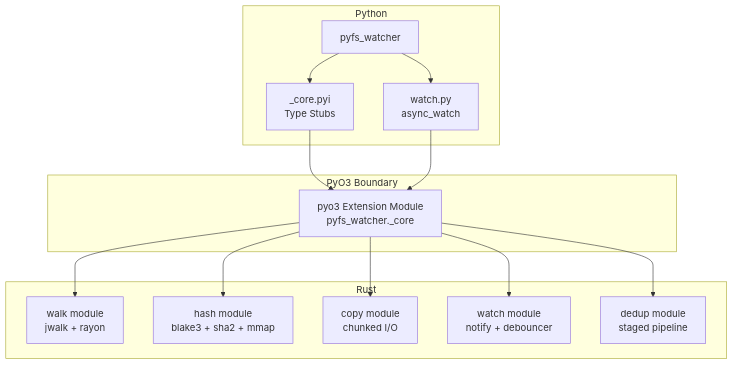
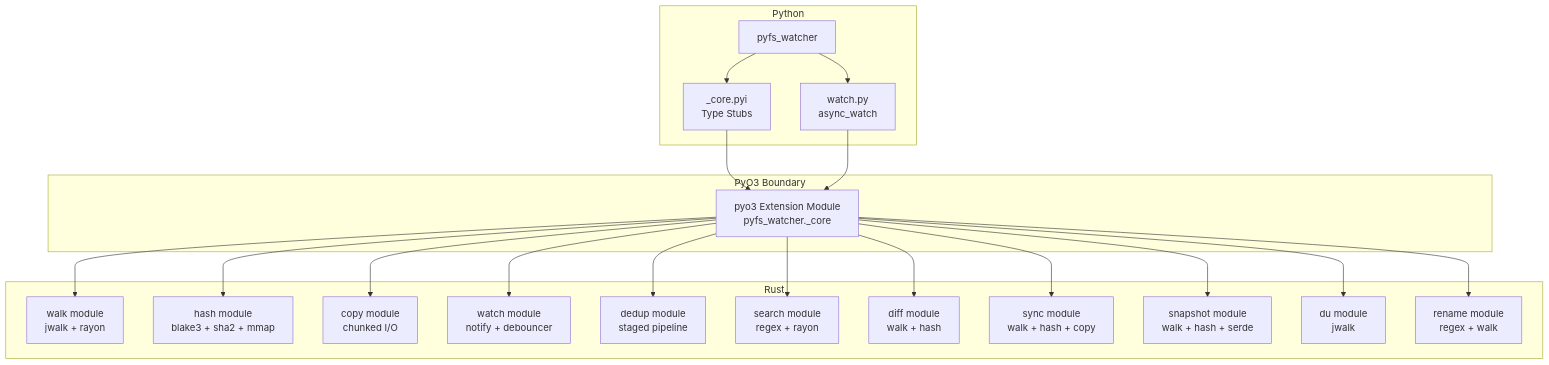
Before and after one commit to pratyush618/fs-watcher: the first of 4 diagrams in docs/architecture.md, drawn with Mermaid. The commit also changed other lines of this file and 42 other files, not shown here.

````diff
--- a/docs/architecture.md
+++ b/docs/architecture.md
@@ -7,27 +7,39 @@
 ```mermaid
 graph TB
     subgraph Python
         A[pyfs_watcher] --> B[_core.pyi<br/>Type Stubs]
         A --> C[watch.py<br/>async_watch]
     end
 
     subgraph PyO3 Boundary
         D[pyo3 Extension Module<br/>pyfs_watcher._core]
     end
 
     subgraph Rust
         E[walk module<br/>jwalk + rayon]
         F[hash module<br/>blake3 + sha2 + mmap]
         G[copy module<br/>chunked I/O]
         H[watch module<br/>notify + debouncer]
         I[dedup module<br/>staged pipeline]
+        J[search module<br/>regex + rayon]
+        K[diff module<br/>walk + hash]
+        L[sync module<br/>walk + hash + copy]
+        M[snapshot module<br/>walk + hash + serde]
+        N[du module<br/>jwalk]
+        O[rename module<br/>regex + walk]
     end
 
     B --> D
     C --> D
     D --> E
     D --> F
     D --> G
     D --> H
     D --> I
+    D --> J
+    D --> K
+    D --> L
+    D --> M
+    D --> N
+    D --> O
 ```
````
